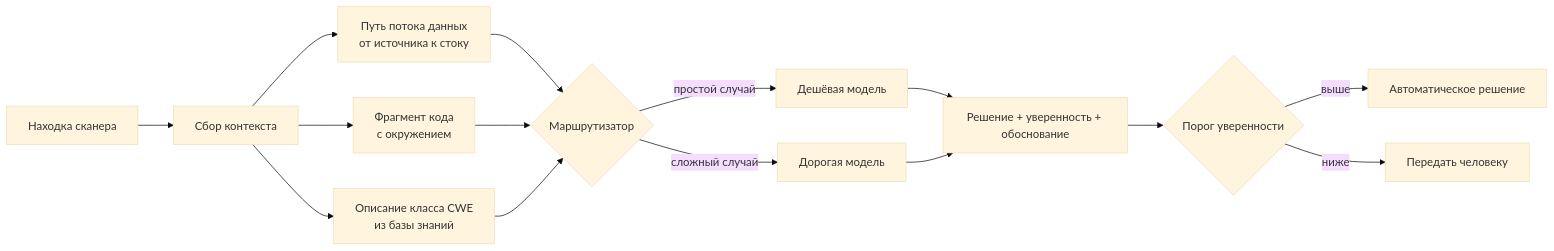
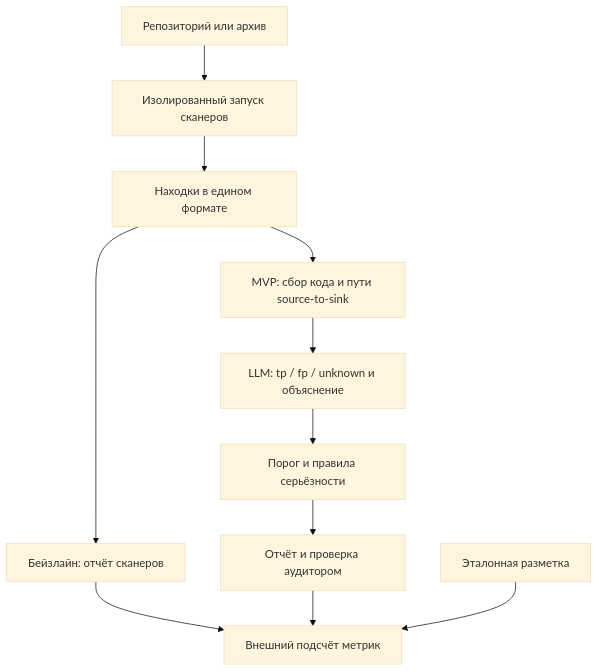
Before and after one commit to Artur210902/ML_Design: the diagram in docs/ml_system_design_doc.md, drawn with Mermaid (base theme). The commit also changed other lines of this file, not shown here.

````diff
--- a/docs/ml_system_design_doc.md
+++ b/docs/ml_system_design_doc.md
@@ -354,20 +88,13 @@
 ```mermaid
-flowchart LR
-    A[Находка сканера] --> B[Сбор контекста]
-    B --> B1[Путь потока данных<br/>от источника к стоку]
-    B --> B2[Фрагмент кода<br/>с окружением]
-    B --> B3[Описание класса CWE<br/>из базы знаний]
-
-    B1 --> C{Маршрутизатор}
-    B2 --> C
-    B3 --> C
-
-    C -->|простой случай| D[Дешёвая модель]
-    C -->|сложный случай| E[Дорогая модель]
-
-    D --> F[Решение + уверенность + обоснование]
-    E --> F
-    F --> G{Порог уверенности}
-    G -->|выше| H[Автоматическое решение]
-    G -->|ниже| I[Передать человеку]
+flowchart TD
+    A[Репозиторий или архив] --> B[Изолированный запуск сканеров]
+    B --> C[Находки в едином формате]
+    C --> D[Бейзлайн: отчёт сканеров]
+    C --> E[MVP: сбор кода и пути source-to-sink]
+    E --> F[LLM: tp / fp / unknown и объяснение]
+    F --> G[Порог и правила серьёзности]
+    G --> H[Отчёт и проверка аудитором]
+    D --> I[Внешний подсчёт метрик]
+    H --> I
+    J[Эталонная разметка] --> I
 ```
````
